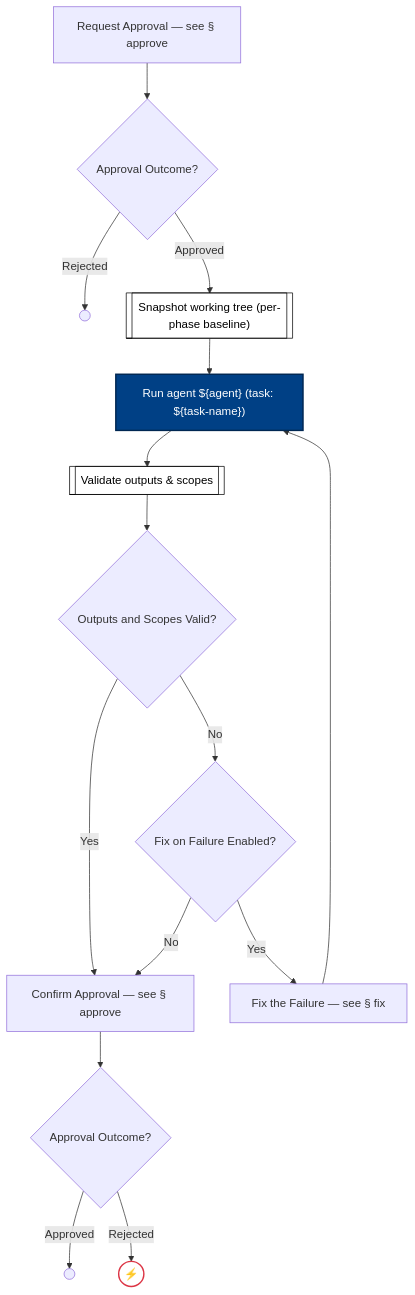
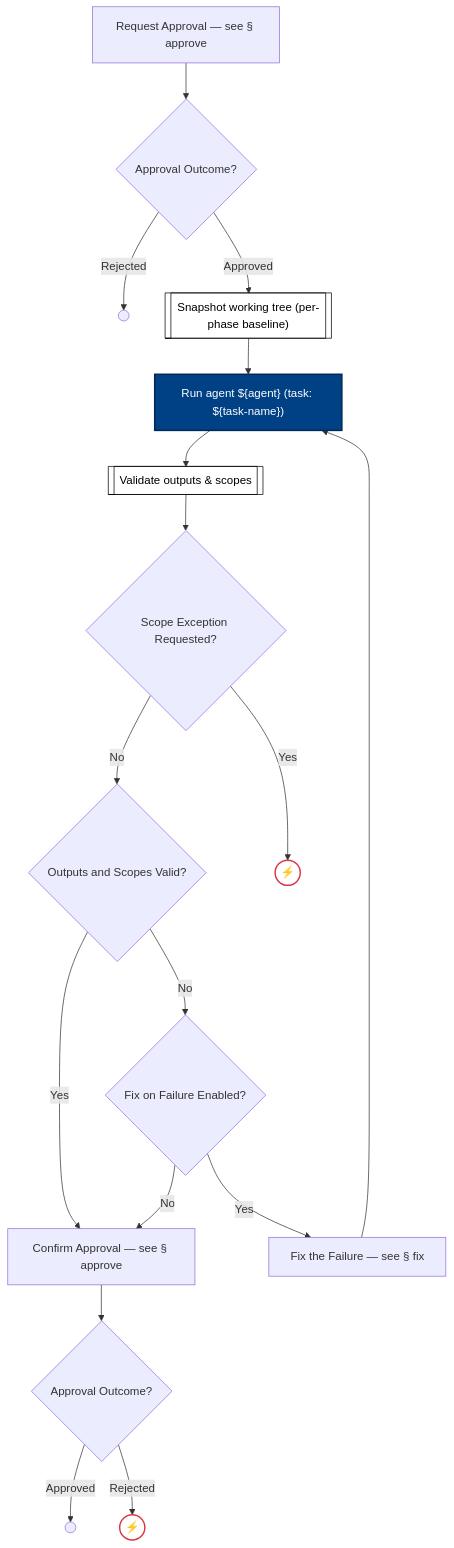
One commit to optivem/gh-optivem changed diagram 45 of 52 in docs/process-diagram.md. Above: the diagram before and after it, drawn with Mermaid. The commit also changed 1 other file, not shown here.

Commit message:
atdd: regenerate process-flow diagram

````diff
--- a/docs/process-diagram.md
+++ b/docs/process-diagram.md
@@ -717,40 +717,44 @@
 ```mermaid
 flowchart TD
     APPROVE_POST[Confirm Approval — see § approve]
     APPROVE_PRE[Request Approval — see § approve]
     EXECUTE_AGENT_END(( ))
     EXECUTE_AGENT_OUTPUT_REJECTED_END((⚡))
     EXECUTE_AGENT_REJECTED_END(( ))
     FIX[Fix the Failure — see § fix]
     GATE_APPROVED_POST{Approval Outcome?}
     GATE_APPROVED_PRE{Approval Outcome?}
     GATE_FIX_ON_FAILURE{Fix on Failure Enabled?}
     GATE_OUTPUTS_AND_SCOPES_VALID{Outputs and Scopes Valid?}
+    GATE_SCOPE_EXCEPTION_REQUESTED{Scope Exception Requested?}
     RUN_AGENT["Run agent ${agent} (task: ${task-name})"]
     SNAPSHOT_WORKING_TREE[["Snapshot working tree (per-phase baseline)"]]
+    STOP_SCOPE_VIOLATION((⚡))
     VALIDATE_OUTPUTS_AND_SCOPES[["Validate outputs & scopes"]]
 
     APPROVE_PRE --> GATE_APPROVED_PRE
     GATE_APPROVED_PRE -- Approved --> SNAPSHOT_WORKING_TREE
     GATE_APPROVED_PRE -- Rejected --> EXECUTE_AGENT_REJECTED_END
     SNAPSHOT_WORKING_TREE --> RUN_AGENT
     RUN_AGENT --> VALIDATE_OUTPUTS_AND_SCOPES
-    VALIDATE_OUTPUTS_AND_SCOPES --> GATE_OUTPUTS_AND_SCOPES_VALID
+    VALIDATE_OUTPUTS_AND_SCOPES --> GATE_SCOPE_EXCEPTION_REQUESTED
+    GATE_SCOPE_EXCEPTION_REQUESTED -- Yes --> STOP_SCOPE_VIOLATION
+    GATE_SCOPE_EXCEPTION_REQUESTED -- No --> GATE_OUTPUTS_AND_SCOPES_VALID
     GATE_OUTPUTS_AND_SCOPES_VALID -- Yes --> APPROVE_POST
     GATE_OUTPUTS_AND_SCOPES_VALID -- No --> GATE_FIX_ON_FAILURE
     GATE_FIX_ON_FAILURE -- Yes --> FIX
     GATE_FIX_ON_FAILURE -- No --> APPROVE_POST
     FIX --> RUN_AGENT
     APPROVE_POST --> GATE_APPROVED_POST
     GATE_APPROVED_POST -- Approved --> EXECUTE_AGENT_END
     GATE_APPROVED_POST -- Rejected --> EXECUTE_AGENT_OUTPUT_REJECTED_END
 
     classDef serviceNode fill:#ffffff,stroke:#000000,stroke-width:1px,color:#000000
     class SNAPSHOT_WORKING_TREE,VALIDATE_OUTPUTS_AND_SCOPES serviceNode
 
     classDef agentNode fill:#004085,stroke:#002752,stroke-width:2px,color:#ffffff
     class RUN_AGENT agentNode
 
     classDef errorEndNode fill:#ffffff,stroke:#dc3545,stroke-width:2px,color:#000000
-    class EXECUTE_AGENT_OUTPUT_REJECTED_END errorEndNode
+    class EXECUTE_AGENT_OUTPUT_REJECTED_END,STOP_SCOPE_VIOLATION errorEndNode
 ```
````
